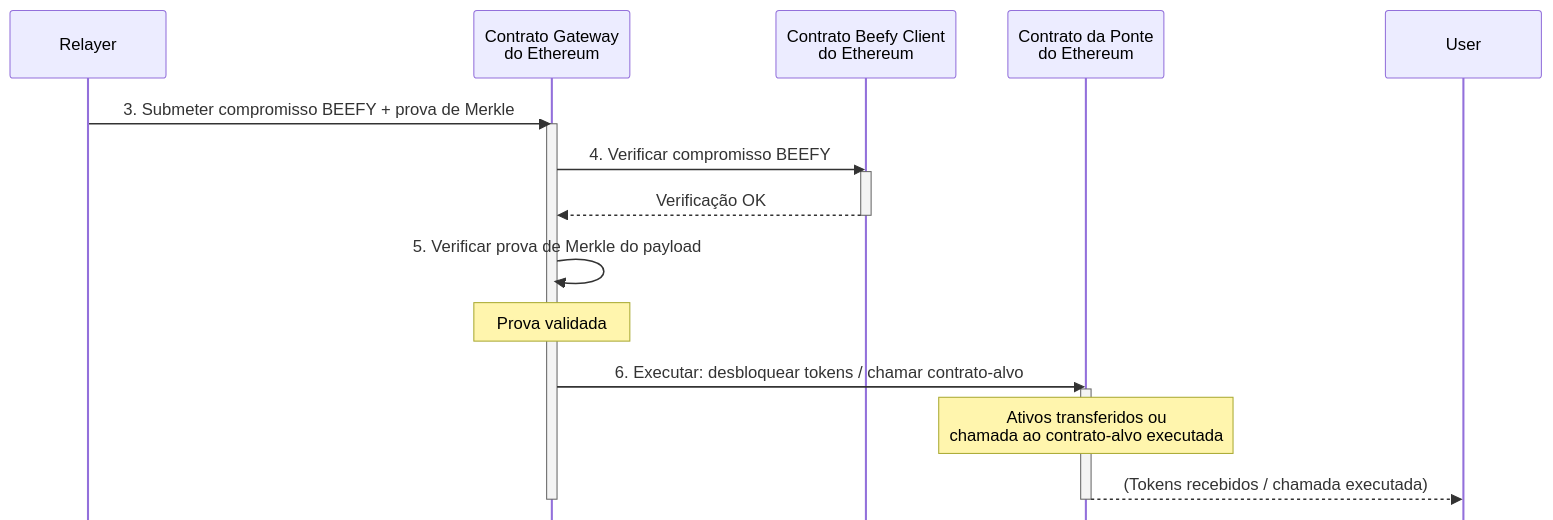
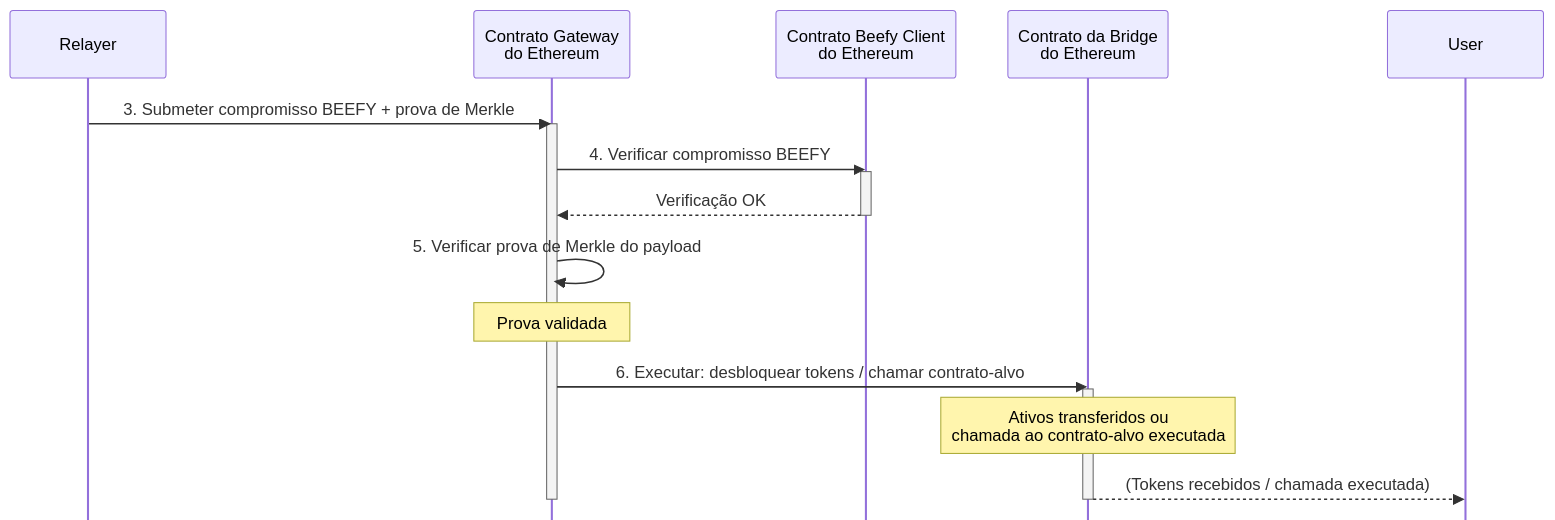
One commit to moondance-labs/tanssi-docs changed the seventh of 7 diagrams in pt/learn/tanssi/tanssi-ethereum-bridge.md. Above: the diagram before and after it, drawn with Mermaid. The commit also changed other lines of this file and 29 other files, not shown here.

````diff
--- a/pt/learn/tanssi/tanssi-ethereum-bridge.md
+++ b/pt/learn/tanssi/tanssi-ethereum-bridge.md
@@ -220,26 +220,26 @@
 ```mermaid
 sequenceDiagram
     %%{init: {'sequence': {'mirrorActors': false}}}%%
     participant Relayer
     participant EGateway as Contrato Gateway <br/> do Ethereum
     participant EBeefy as Contrato Beefy Client <br/> do Ethereum
-    participant EBridge as Contrato da Ponte <br/> do Ethereum
+    participant EBridge as Contrato da Bridge <br/> do Ethereum
     participant User
 
     Relayer->>EGateway: 3. Submeter compromisso BEEFY + prova de Merkle
     activate EGateway
     EGateway->>EBeefy: 4. Verificar compromisso BEEFY
     activate EBeefy
     EBeefy-->>EGateway: Verificação OK
     deactivate EBeefy
 
     EGateway->>EGateway: 5. Verificar prova de Merkle do payload
     Note over EGateway: Prova validada
 
     EGateway->>EBridge: 6. Executar: desbloquear tokens / chamar contrato-alvo
     activate EBridge
     Note over EBridge: Ativos transferidos ou<br/>chamada ao contrato-alvo executada
     EBridge-->>User: (Tokens recebidos / chamada executada)
     deactivate EBridge
     deactivate EGateway
 ```
````
